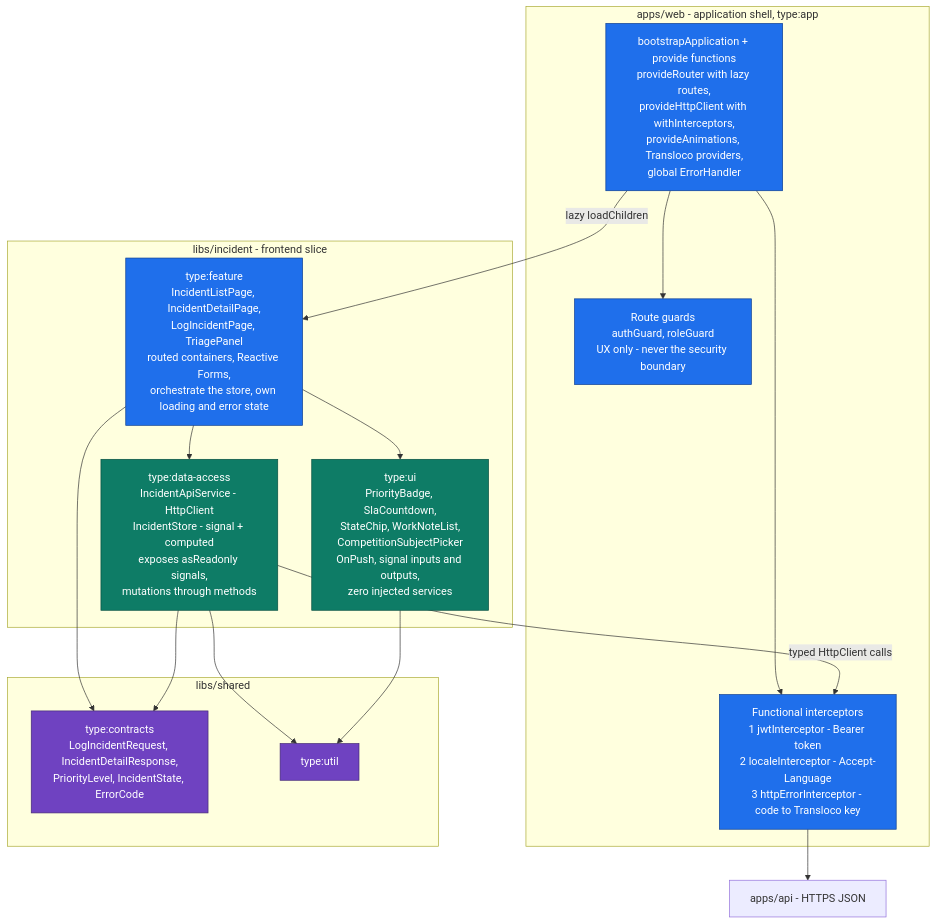
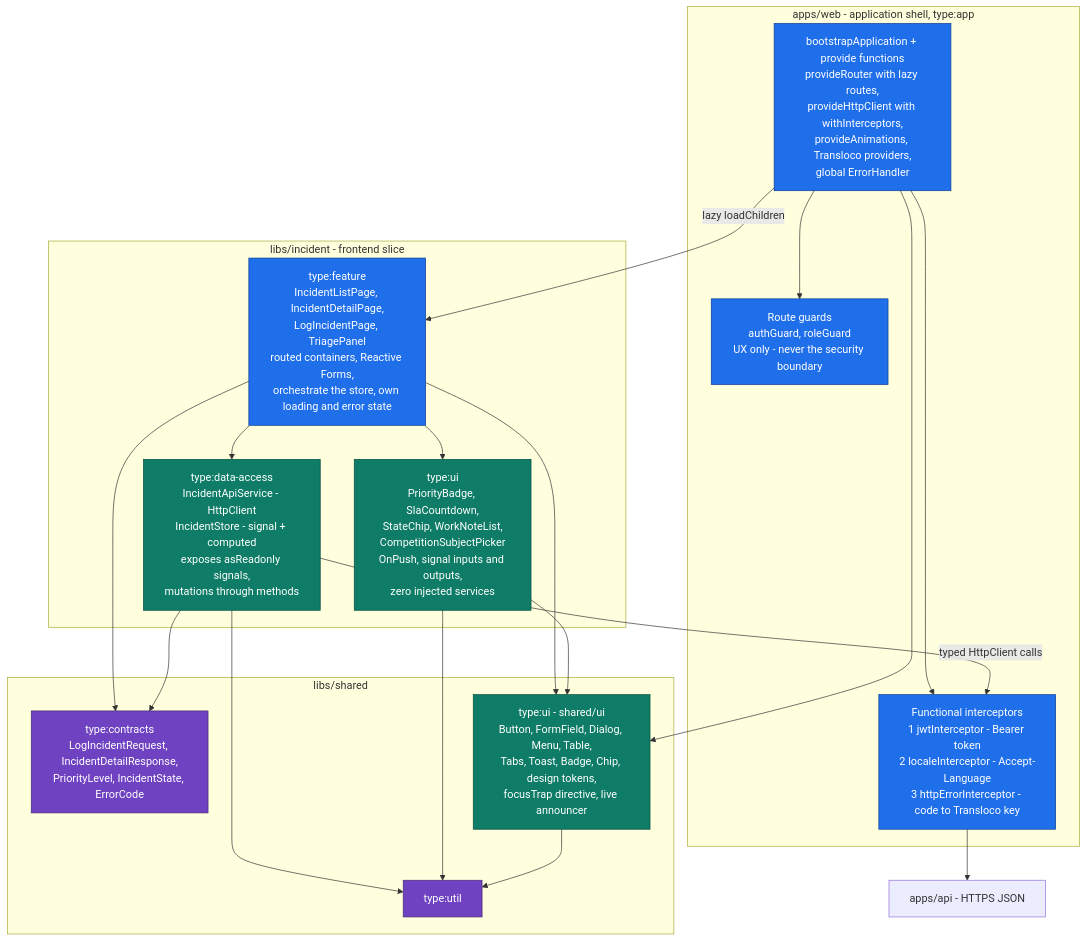
One commit to LIDR-academy/AI4Devs-finalproject changed the seventh of 8 diagrams in docs/ARCHITECTURE.md. Above: the diagram before and after it, drawn with Mermaid. The commit also changed other lines of this file and 6 other files, not shown here.

````diff
--- a/docs/ARCHITECTURE.md
+++ b/docs/ARCHITECTURE.md
@@ -689,40 +707,45 @@
 ```mermaid
 flowchart TB
     subgraph shell["apps/web - application shell, type:app"]
         BOOT["bootstrapApplication + provide functions<br/>provideRouter with lazy routes,<br/>provideHttpClient with withInterceptors,<br/>provideAnimations, Transloco providers,<br/>global ErrorHandler"]
         ITC["Functional interceptors<br/>1 jwtInterceptor - Bearer token<br/>2 localeInterceptor - Accept-Language<br/>3 httpErrorInterceptor - code to Transloco key"]
         GUARD["Route guards<br/>authGuard, roleGuard<br/>UX only - never the security boundary"]
     end
 
     subgraph ctx["libs/incident - frontend slice"]
         FEAT["type:feature<br/>IncidentListPage, IncidentDetailPage,<br/>LogIncidentPage, TriagePanel<br/>routed containers, Reactive Forms,<br/>orchestrate the store, own loading and error state"]
         UIL["type:ui<br/>PriorityBadge, SlaCountdown,<br/>StateChip, WorkNoteList,<br/>CompetitionSubjectPicker<br/>OnPush, signal inputs and outputs,<br/>zero injected services"]
         DA["type:data-access<br/>IncidentApiService - HttpClient<br/>IncidentStore - signal + computed<br/>exposes asReadonly signals,<br/>mutations through methods"]
     end
 
     subgraph shf["libs/shared"]
         CTRF["type:contracts<br/>LogIncidentRequest, IncidentDetailResponse,<br/>PriorityLevel, IncidentState, ErrorCode"]
         UTLF["type:util"]
+        SUIF["type:ui - shared/ui<br/>Button, FormField, Dialog, Menu, Table,<br/>Tabs, Toast, Badge, Chip, design tokens,<br/>focusTrap directive, live announcer"]
     end
 
     API["apps/api - HTTPS JSON"]
 
     BOOT --> ITC
     BOOT --> GUARD
     BOOT -->|"lazy loadChildren"| FEAT
     FEAT --> UIL
     FEAT --> DA
     FEAT --> CTRF
     DA --> CTRF
     DA --> UTLF
     UIL --> UTLF
+    BOOT --> SUIF
+    FEAT --> SUIF
+    UIL --> SUIF
+    SUIF --> UTLF
     DA -->|"typed HttpClient calls"| ITC
     ITC --> API
 
     classDef app fill:#1f6feb,stroke:#0b3d91,color:#ffffff
     classDef ui fill:#0e7c66,stroke:#064e40,color:#ffffff
     classDef shd fill:#6f42c1,stroke:#432874,color:#ffffff
     class BOOT,ITC,GUARD,FEAT app
-    class UIL,DA ui
+    class UIL,DA,SUIF ui
     class CTRF,UTLF shd
 ```
````
